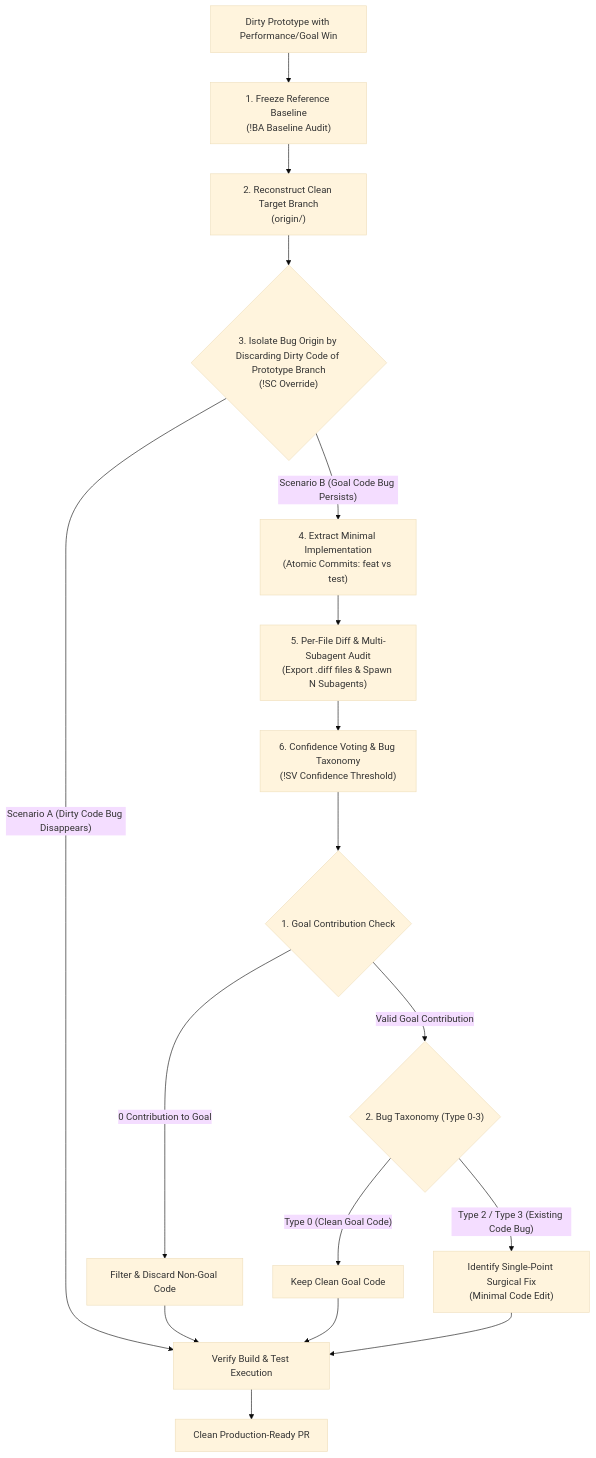
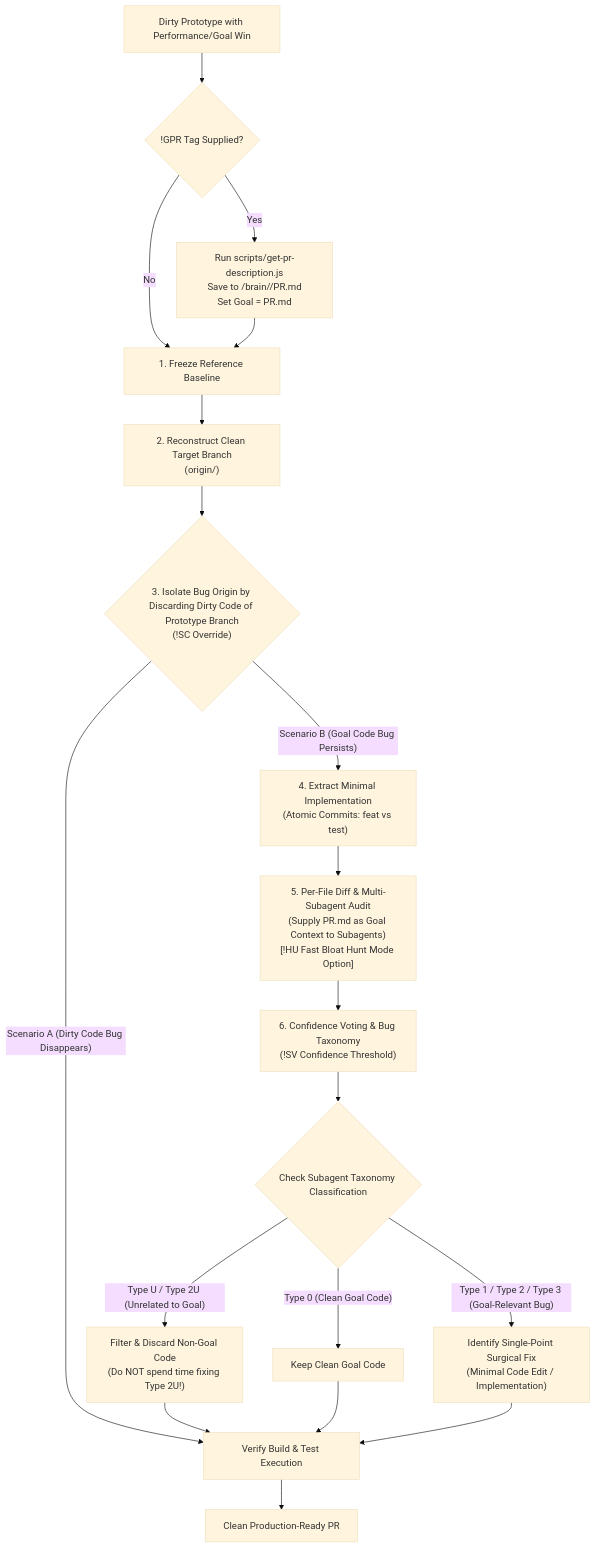
One commit to loerei/myskills changed the diagram in engineering/afterplay/SKILL.md. Above: the diagram before and after it, drawn with Mermaid (base theme). The commit also changed other lines of this file and 2 other files, not shown here.

Commit message:
feat(afterplay): integrate get-pr-description.js script and add !GPR tag command

````diff
--- a/engineering/afterplay/SKILL.md
+++ b/engineering/afterplay/SKILL.md
@@ -16,29 +16,33 @@
 ```mermaid
 flowchart TD
-    Start["Dirty Prototype with Performance/Goal Win"] --> Phase1["1. Freeze Reference Baseline<br/>(!BA Baseline Audit)"]
+    Start["Dirty Prototype with Performance/Goal Win"] --> CheckPR{"!GPR<PR_ID/URL> Tag Supplied?"}
+    
+    CheckPR -->|"Yes"| FetchPR["Run scripts/get-pr-description.js<br/>Save to <appDataDir>/brain/<id>/PR.md<br/>Set Goal = PR.md"]
+    CheckPR -->|"No"| Phase1["1. Freeze Reference Baseline"]
+    
+    FetchPR --> Phase1
     
     Phase1 --> Phase2["2. Reconstruct Clean Target Branch<br/>(origin/<target-base-branch>)"]
     
     Phase2 --> Phase3{"3. Isolate Bug Origin by Discarding Dirty Code of Prototype Branch<br/>(!SC<A|B> Override)"}
     
     Phase3 -->|"Scenario A (Dirty Code Bug Disappears)"| Verify["Verify Build & Test Execution"]
     
     Phase3 -->|"Scenario B (Goal Code Bug Persists)"| Phase4["4. Extract Minimal Implementation<br/>(Atomic Commits: feat vs test)"]
     
-    Phase4 --> Phase5["5. Per-File Diff & Multi-Subagent Audit<br/>(Export .diff files & Spawn N Subagents)"]
+    Phase4 --> Phase5["5. Per-File Diff & Multi-Subagent Audit<br/>(Supply PR.md as Goal Context to Subagents)<br/>[!HU Fast Bloat Hunt Mode Option]"]
     
     Phase5 --> Phase6["6. Confidence Voting & Bug Taxonomy<br/>(!SV<N> Confidence Threshold)"]
     
-    Phase6 --> CheckGoal{"1. Goal Contribution Check"}
-    CheckGoal -->|"0 Contribution to Goal"| StripCode["Filter & Discard Non-Goal Code"]
-    CheckGoal -->|"Valid Goal Contribution"| CheckBug{"2. Bug Taxonomy (Type 0-3)"}
+    Phase6 --> CheckCategory{"Check Subagent Taxonomy Classification"}
     
-    CheckBug -->|"Type 0 (Clean Goal Code)"| KeepCode["Keep Clean Goal Code"]
-    CheckBug -->|"Type 2 / Type 3 (Existing Code Bug)"| SurgicalFix["Identify Single-Point Surgical Fix<br/>(Minimal Code Edit)"]
+    CheckCategory -->|"Type U / Type 2U (Unrelated to Goal)"| StripCode["Filter & Discard Non-Goal Code<br/>(Do NOT spend time fixing Type 2U!)"]
+    CheckCategory -->|"Type 0 (Clean Goal Code)"| KeepCode["Keep Clean Goal Code"]
+    CheckCategory -->|"Type 1 / Type 2 / Type 3 (Goal-Relevant Bug)"| SurgicalFix["Identify Single-Point Surgical Fix<br/>(Minimal Code Edit / Implementation)"]
     
     StripCode --> Verify
     KeepCode --> Verify
     SurgicalFix --> Verify
     
     Verify --> Done["Clean Production-Ready PR"]
 ```
````
